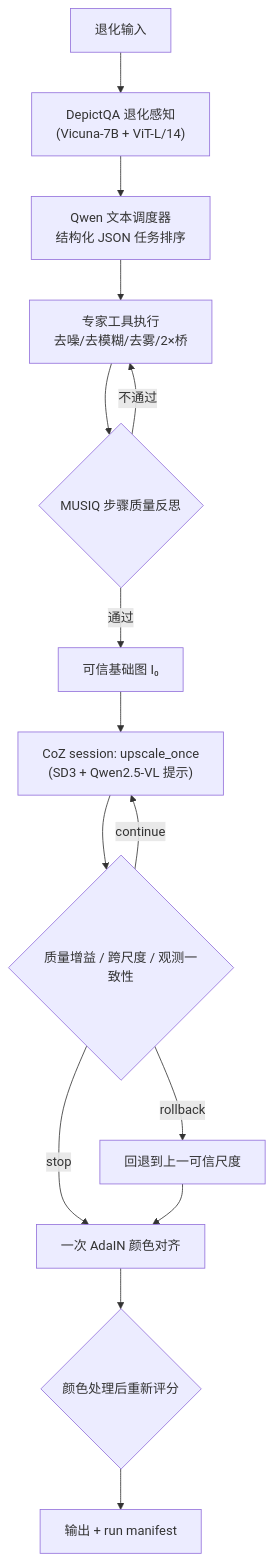
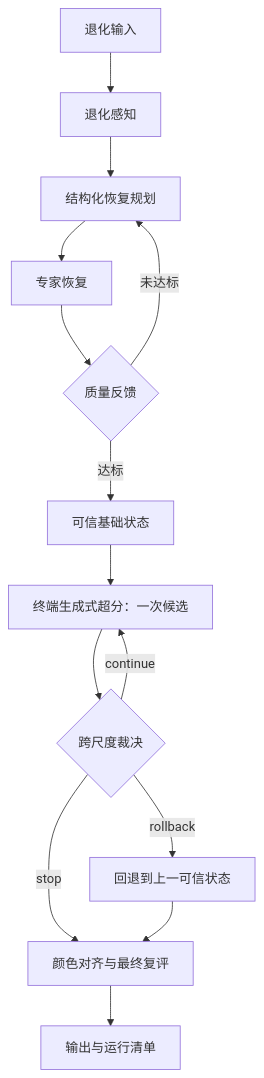
One commit to liuqjjin/scaleguard-4k changed the diagram in README.md. Above: the diagram before and after it, drawn with Mermaid. The commit also changed other lines of this file, not shown here.

````diff
--- a/README.md
+++ b/README.md
@@ -87,17 +39,16 @@
 ```mermaid
 flowchart TD
-    I["退化输入"] --> P["DepictQA 退化感知<br/>(Vicuna-7B + ViT-L/14)"]
-    P --> S["Qwen 文本调度器<br/>结构化 JSON 任务排序"]
-    S --> E["专家工具执行<br/>去噪/去模糊/去雾/2×桥"]
-    E --> Q1{"MUSIQ 步骤质量反思"}
-    Q1 -->|"不通过"| E
-    Q1 -->|"通过"| T["可信基础图 I₀"]
-    T --> C["CoZ session: upscale_once<br/>(SD3 + Qwen2.5-VL 提示)"]
-    C --> G{"质量增益 / 跨尺度 / 观测一致性"}
+    I["退化输入"] --> P["退化感知"]
+    P --> S["结构化恢复规划"]
+    S --> E["专家恢复"]
+    E --> Q{"质量反馈"}
+    Q -->|"未达标"| S
+    Q -->|"达标"| T["可信基础状态"]
+    T --> C["终端生成式超分：一次候选"]
+    C --> G{"跨尺度裁决"}
     G -->|"continue"| C
-    G -->|"rollback"| K["回退到上一可信尺度"]
-    G -->|"stop"| F["一次 AdaIN 颜色对齐"]
+    G -->|"rollback"| K["回退到上一可信状态"]
+    G -->|"stop"| F["颜色对齐与最终复评"]
     K --> F
-    F --> R{"颜色处理后重新评分"}
-    R --> O["输出 + run manifest"]
+    F --> O["输出与运行清单"]
 ```
````
